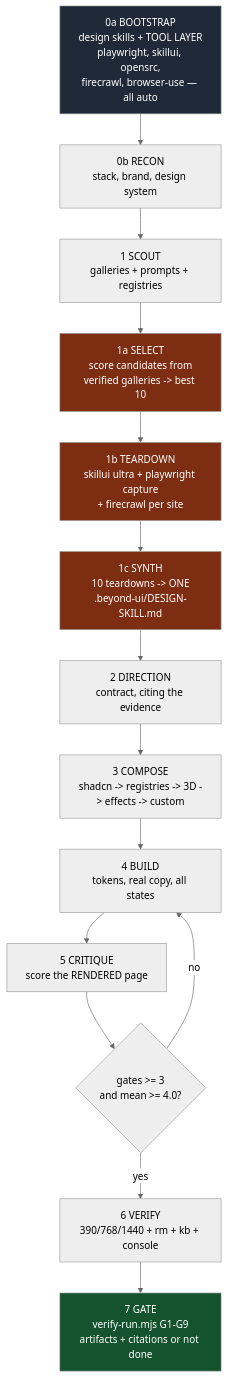
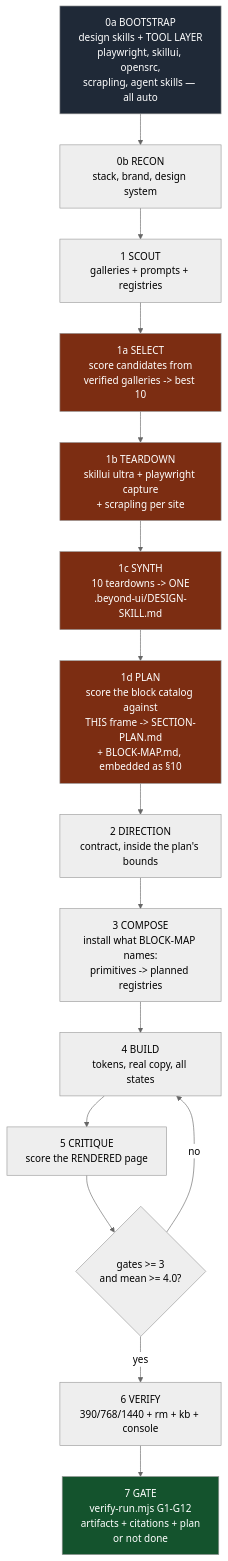
Before and after one commit to Jeetaksh25/AgentSkills: the first of 6 diagrams in beyond-ui/README.md, drawn with Mermaid (neutral theme). The commit also changed other lines of this file and 24 other files, not shown here.

Commit message:
added scrapling tool instead of firecrawl and overall improved Beyond UI

````diff
--- a/beyond-ui/README.md
+++ b/beyond-ui/README.md
@@ -29,22 +31,24 @@
 ```mermaid
 flowchart TD
-    A["0a BOOTSTRAP<br/>design skills + TOOL LAYER<br/>playwright, skillui, opensrc,<br/>firecrawl, browser-use — all auto"] --> B["0b RECON<br/>stack, brand, design system"]
+    A["0a BOOTSTRAP<br/>design skills + TOOL LAYER<br/>playwright, skillui, opensrc,<br/>scrapling, agent skills — all auto"] --> B["0b RECON<br/>stack, brand, design system"]
     B --> C["1 SCOUT<br/>galleries + prompts + registries"]
     C --> S1["1a SELECT<br/>score candidates from<br/>verified galleries -> best 10"]
-    S1 --> S2["1b TEARDOWN<br/>skillui ultra + playwright capture<br/>+ firecrawl per site"]
+    S1 --> S2["1b TEARDOWN<br/>skillui ultra + playwright capture<br/>+ scrapling per site"]
     S2 --> S3["1c SYNTH<br/>10 teardowns -> ONE<br/>.beyond-ui/DESIGN-SKILL.md"]
-    S3 --> D["2 DIRECTION<br/>contract, citing the evidence"]
-    D --> E["3 COMPOSE<br/>shadcn -> registries -> 3D -> effects -> custom"]
+    S3 --> S4["1d PLAN<br/>score the block catalog against<br/>THIS frame -> SECTION-PLAN.md<br/>+ BLOCK-MAP.md, embedded as §10"]
+    S4 --> D["2 DIRECTION<br/>contract, inside the plan's bounds"]
+    D --> E["3 COMPOSE<br/>install what BLOCK-MAP names:<br/>primitives -> planned registries"]
     E --> F["4 BUILD<br/>tokens, real copy, all states"]
     F --> G["5 CRITIQUE<br/>score the RENDERED page"]
     G --> H{"gates >= 3<br/>and mean >= 4.0?"}
     H -- no --> F
     H -- yes --> I["6 VERIFY<br/>390/768/1440 + rm + kb + console"]
-    I --> J["7 GATE<br/>verify-run.mjs G1-G9<br/>artifacts + citations or not done"]
+    I --> J["7 GATE<br/>verify-run.mjs G1-G12<br/>artifacts + citations + plan<br/>or not done"]
 
     style A fill:#1f2937,color:#fff
     style S1 fill:#7c2d12,color:#fff
     style S2 fill:#7c2d12,color:#fff
     style S3 fill:#7c2d12,color:#fff
+    style S4 fill:#7c2d12,color:#fff
     style J fill:#14532d,color:#fff
 ```
````
